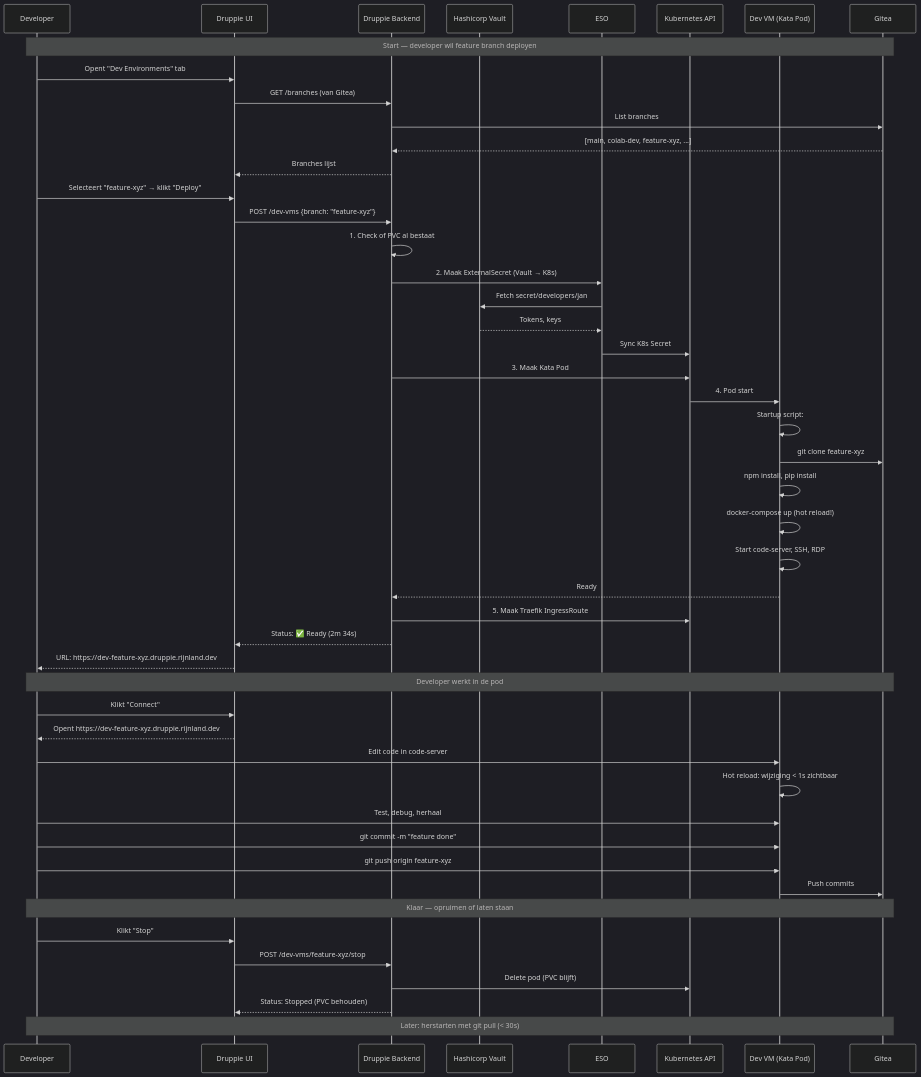
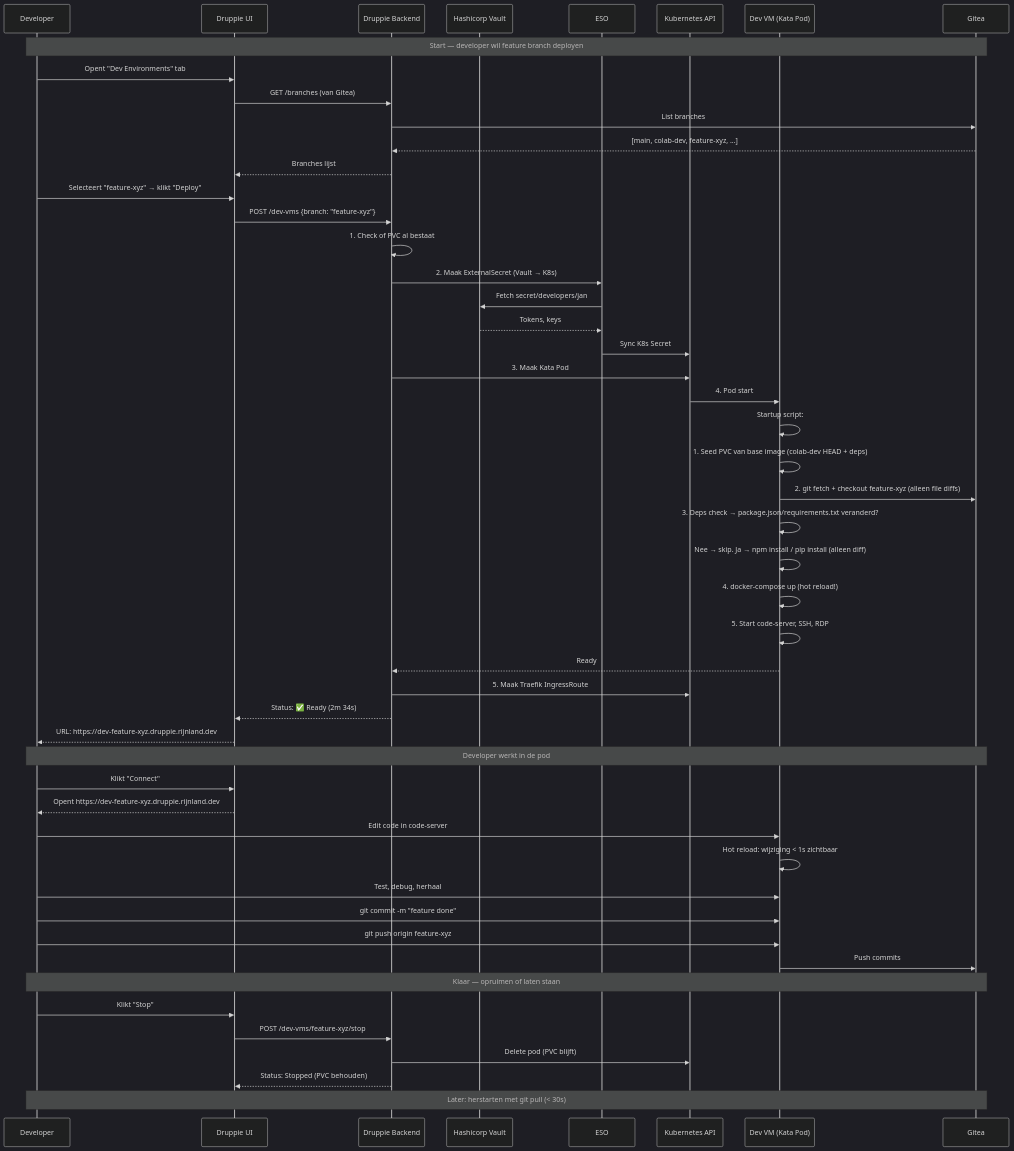
One commit to nuno-git/druppie-fork changed the sixth of 10 diagrams in docs/dev-environment-architecture.md. Above: the diagram before and after it, drawn with Mermaid (dark theme). The commit also changed other lines of this file and 1 other file, not shown here.

First line of the commit message:
docs: shared dev-vm base image from colab-dev for fast startup

````diff
--- a/docs/dev-environment-architecture.md
+++ b/docs/dev-environment-architecture.md
@@ -441,63 +505,65 @@
 ```mermaid
 sequenceDiagram
     participant Dev as Developer
     participant UI as Druppie UI
     participant BE as Druppie Backend
     participant Vault as Hashicorp Vault
     participant ESO as ESO
     participant K8s as Kubernetes API
     participant Pod as Dev VM (Kata Pod)
     participant Git as Gitea
 
     Note over Dev,Git: Start — developer wil feature branch deployen
 
     Dev->>UI: Opent "Dev Environments" tab
     UI->>BE: GET /branches (van Gitea)
     BE->>Git: List branches
     Git-->>BE: [main, colab-dev, feature-xyz, ...]
     BE-->>UI: Branches lijst
 
     Dev->>UI: Selecteert "feature-xyz" → klikt "Deploy"
     UI->>BE: POST /dev-vms {branch: "feature-xyz"}
 
     BE->>BE: 1. Check of PVC al bestaat
     BE->>ESO: 2. Maak ExternalSecret (Vault → K8s)
     ESO->>Vault: Fetch secret/developers/jan
     Vault-->>ESO: Tokens, keys
     ESO->>K8s: Sync K8s Secret
 
     BE->>K8s: 3. Maak Kata Pod
     K8s->>Pod: 4. Pod start
 
     Pod->>Pod: Startup script:
-    Pod->>Git: git clone feature-xyz
-    Pod->>Pod: npm install, pip install
-    Pod->>Pod: docker-compose up (hot reload!)
-    Pod->>Pod: Start code-server, SSH, RDP
+    Pod->>Pod: 1. Seed PVC van base image (colab-dev HEAD + deps)
+    Pod->>Git: 2. git fetch + checkout feature-xyz (alleen file diffs)
+    Pod->>Pod: 3. Deps check → package.json/requirements.txt veranderd?
+    Pod->>Pod:    Nee → skip. Ja → npm install / pip install (alleen diff)
+    Pod->>Pod: 4. docker-compose up (hot reload!)
+    Pod->>Pod: 5. Start code-server, SSH, RDP
 
     Pod-->>BE: Ready
     BE->>K8s: 5. Maak Traefik IngressRoute
     BE-->>UI: Status: ✅ Ready (2m 34s)
     UI-->>Dev: URL: https://dev-feature-xyz.druppie.rijnland.dev
 
     Note over Dev,Git: Developer werkt in de pod
 
     Dev->>UI: Klikt "Connect"
     UI-->>Dev: Opent https://dev-feature-xyz.druppie.rijnland.dev
     Dev->>Pod: Edit code in code-server
     Pod->>Pod: Hot reload: wijziging < 1s zichtbaar
     Dev->>Pod: Test, debug, herhaal
 
     Dev->>Pod: git commit -m "feature done"
     Dev->>Pod: git push origin feature-xyz
     Pod->>Git: Push commits
 
     Note over Dev,Git: Klaar — opruimen of laten staan
 
     Dev->>UI: Klikt "Stop"
     UI->>BE: POST /dev-vms/feature-xyz/stop
     BE->>K8s: Delete pod (PVC blijft)
     BE-->>UI: Status: Stopped (PVC behouden)
 
     Note over Dev,Git: Later: herstarten met git pull (< 30s)
 ```
````
